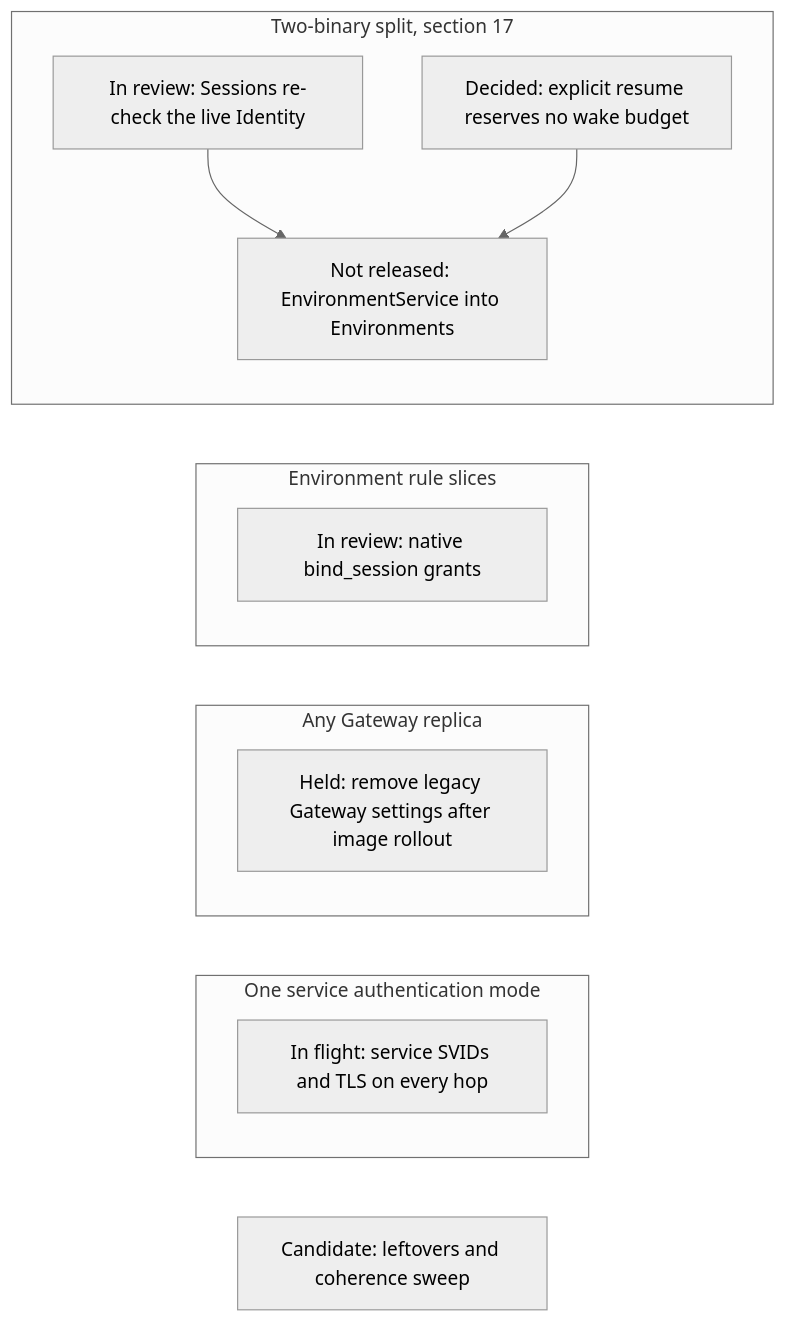
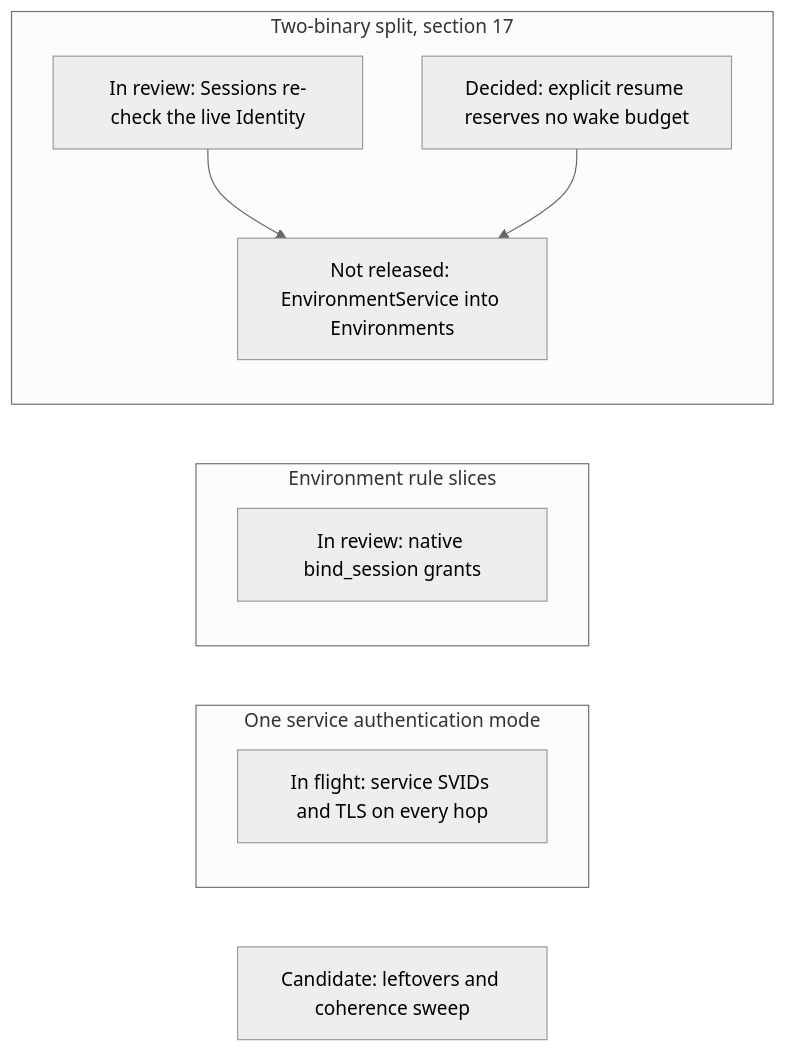
The first of 21 diagrams in agentplane/plans/task_dag.md (agentydragon/ducktape), drawn with Mermaid (neutral theme) before and after one commit. The commit also changed other lines of this file and 11 other files, not shown here.

Commit message:
Remove obsolete Gateway route settings after rollout

````diff
--- a/agentplane/plans/task_dag.md
+++ b/agentplane/plans/task_dag.md
@@ -199,20 +199,17 @@
 ```mermaid
 flowchart LR
     subgraph AUTH_TRACK[One service authentication mode]
         PRIVILEGED_BACKEND_AUTH_DESIGN[In flight: service SVIDs and TLS on every hop]
-    end
-    subgraph GATEWAY_TRACK[Any Gateway replica]
-        RUNNER_GATEWAY_SETTINGS_CLEANUP[Held: remove legacy Gateway settings after image rollout]
     end
     subgraph RULE_TRACK[Environment rule slices]
         ENVIRONMENT_IDENTITY_BIND_SESSION[In review: native bind_session grants]
     end
     subgraph SPLIT_TRACK[Two-binary split, section 17]
         SANDBOX_IDENTITY_RECHECK[In review: Sessions re-check the live Identity]
         EXPLICIT_RESUME_BUDGET_REMOVAL[Decided: explicit resume reserves no wake budget]
         ENVIRONMENT_SERVICE_TO_ENVIRONMENTS[Not released: EnvironmentService into Environments]
         SANDBOX_IDENTITY_RECHECK --> ENVIRONMENT_SERVICE_TO_ENVIRONMENTS
         EXPLICIT_RESUME_BUDGET_REMOVAL --> ENVIRONMENT_SERVICE_TO_ENVIRONMENTS
     end
     REFACTOR_COHERENCE_AUDIT[Candidate: leftovers and coherence sweep]
 ```
````
